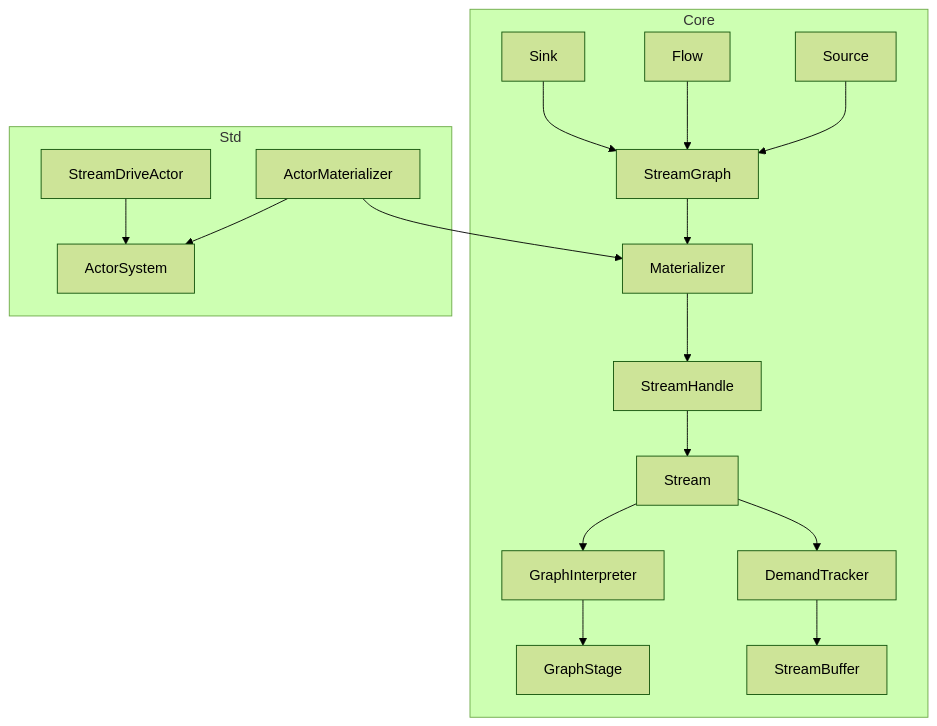
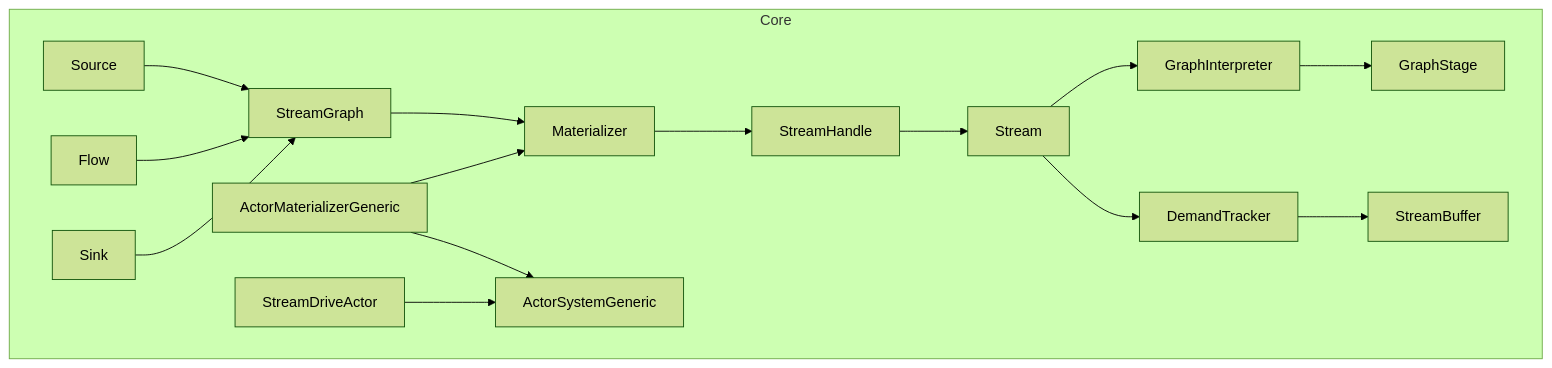
One commit to j5ik2o/fraktor-rs changed the first of 3 diagrams in .kiro/specs/fraktor-streams/design.md. Above: the diagram before and after it, drawn with Mermaid (forest theme). The commit also changed other lines of this file and 3 other files, not shown here.

````diff
--- a/.kiro/specs/fraktor-streams/design.md
+++ b/.kiro/specs/fraktor-streams/design.md
@@ -63,20 +63,18 @@
 ```mermaid
 graph TB
   subgraph Core
     Source --> StreamGraph
     Flow --> StreamGraph
     Sink --> StreamGraph
     StreamGraph --> Materializer
     Materializer --> StreamHandle
     StreamHandle --> Stream
     Stream --> GraphInterpreter
     GraphInterpreter --> GraphStage
     Stream --> DemandTracker
     DemandTracker --> StreamBuffer
+    ActorMaterializerGeneric --> ActorSystemGeneric
+    StreamDriveActor --> ActorSystemGeneric
   end
-  subgraph Std
-    ActorMaterializer --> ActorSystem
-    StreamDriveActor --> ActorSystem
-  end
-  ActorMaterializer --> Materializer
+  ActorMaterializerGeneric --> Materializer
 ```
````
